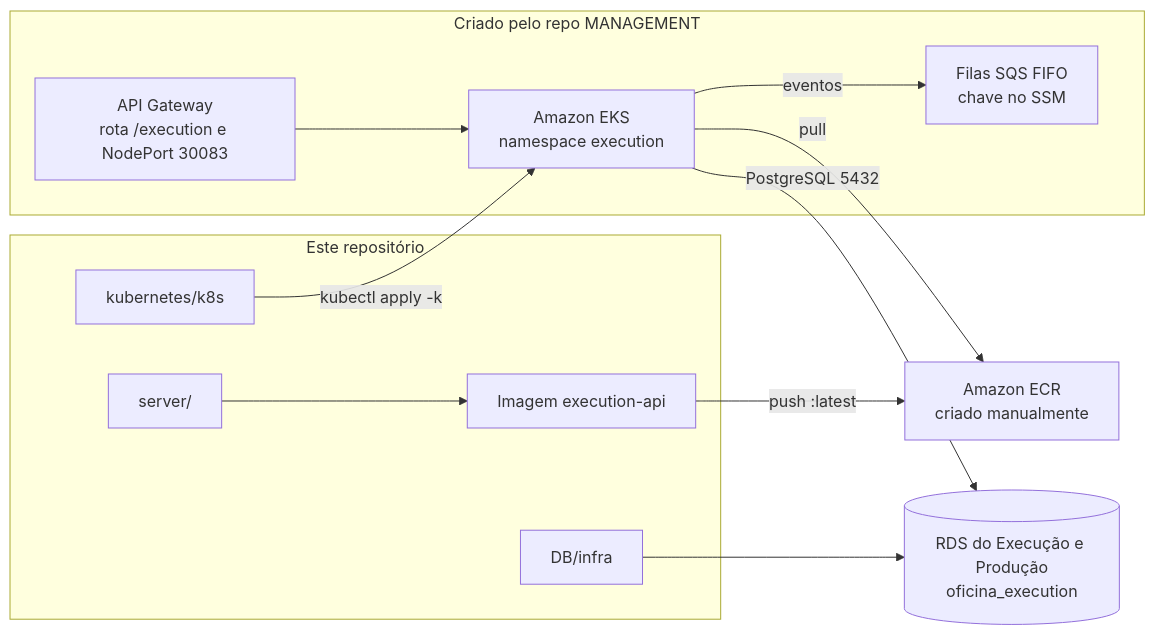
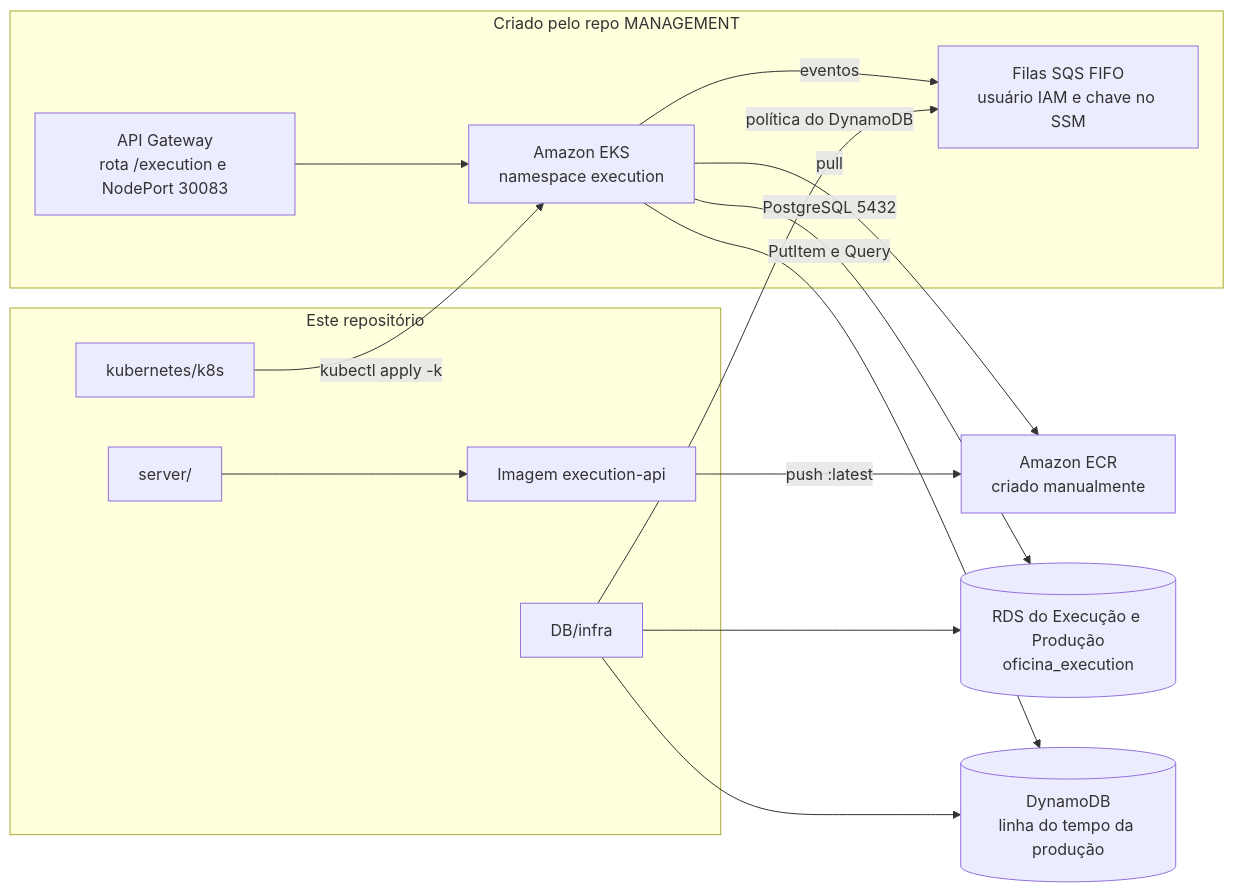
One commit to GuiToniello/tech-challenge-fase-4-EXECUTION-AND-PRODUCTION-soat16-rm374658 changed the third of 3 diagrams in README.md. Above: the diagram before and after it, drawn with Mermaid. The commit also changed other lines of this file and 62 other files, not shown here.

````diff
--- a/README.md
+++ b/README.md
@@ -295,22 +307,25 @@
 ```mermaid
 flowchart LR
   subgraph Repo[Este repositório]
     Code["server/"] --> Image[Imagem execution-api]
     DBTF[DB/infra]
     Manifests[kubernetes/k8s]
   end
 
   subgraph Mgmt[Criado pelo repo MANAGEMENT]
     EKS[Amazon EKS<br/>namespace execution]
     GW[API Gateway<br/>rota /execution e NodePort 30083]
-    SQS[Filas SQS FIFO<br/>chave no SSM]
+    SQS[Filas SQS FIFO<br/>usuário IAM e chave no SSM]
   end
 
   Image -->|push :latest| ECR[Amazon ECR<br/>criado manualmente]
   DBTF --> RDS[(RDS do Execução e Produção<br/>oficina_execution)]
+  DBTF --> DDB[(DynamoDB<br/>linha do tempo da produção)]
+  DBTF -->|política do DynamoDB| SQS
   Manifests -->|kubectl apply -k| EKS
   EKS -->|pull| ECR
   EKS -->|PostgreSQL 5432| RDS
+  EKS -->|PutItem e Query| DDB
   EKS -->|eventos| SQS
   GW --> EKS
 ```
````
